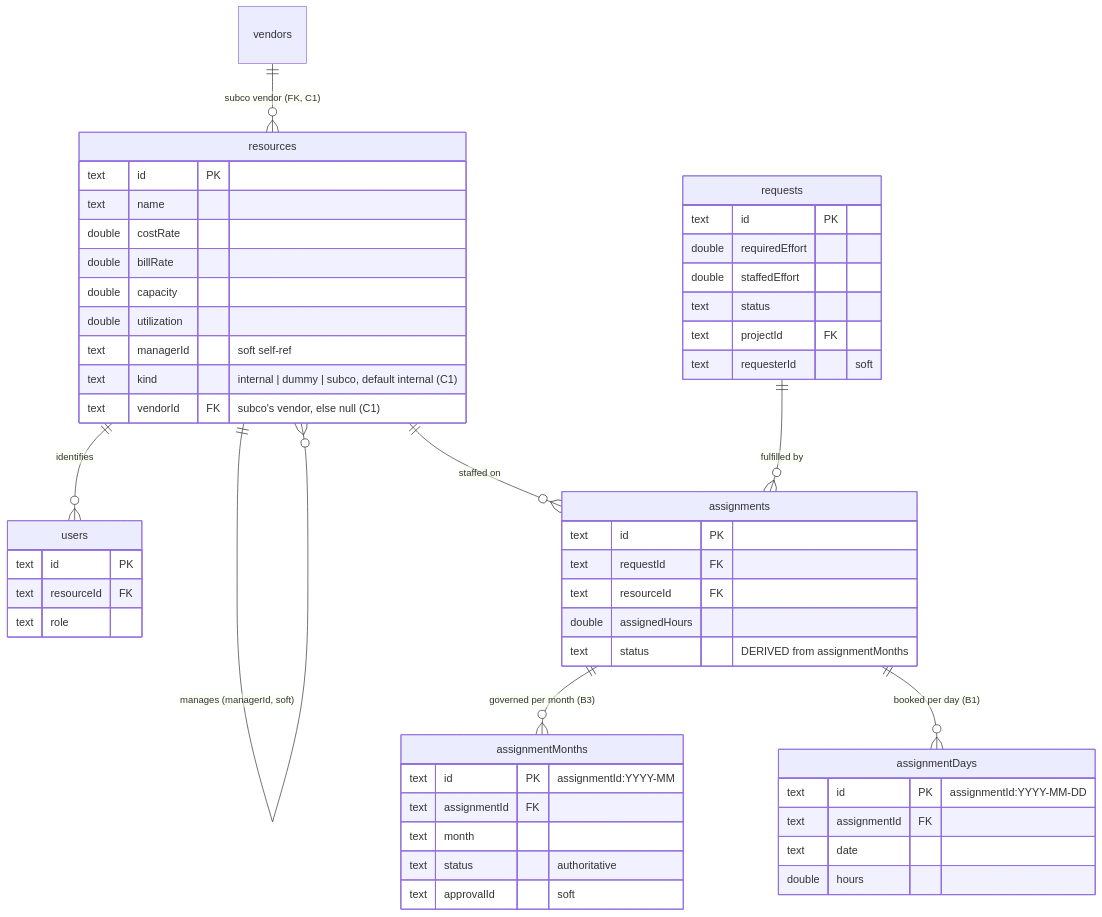
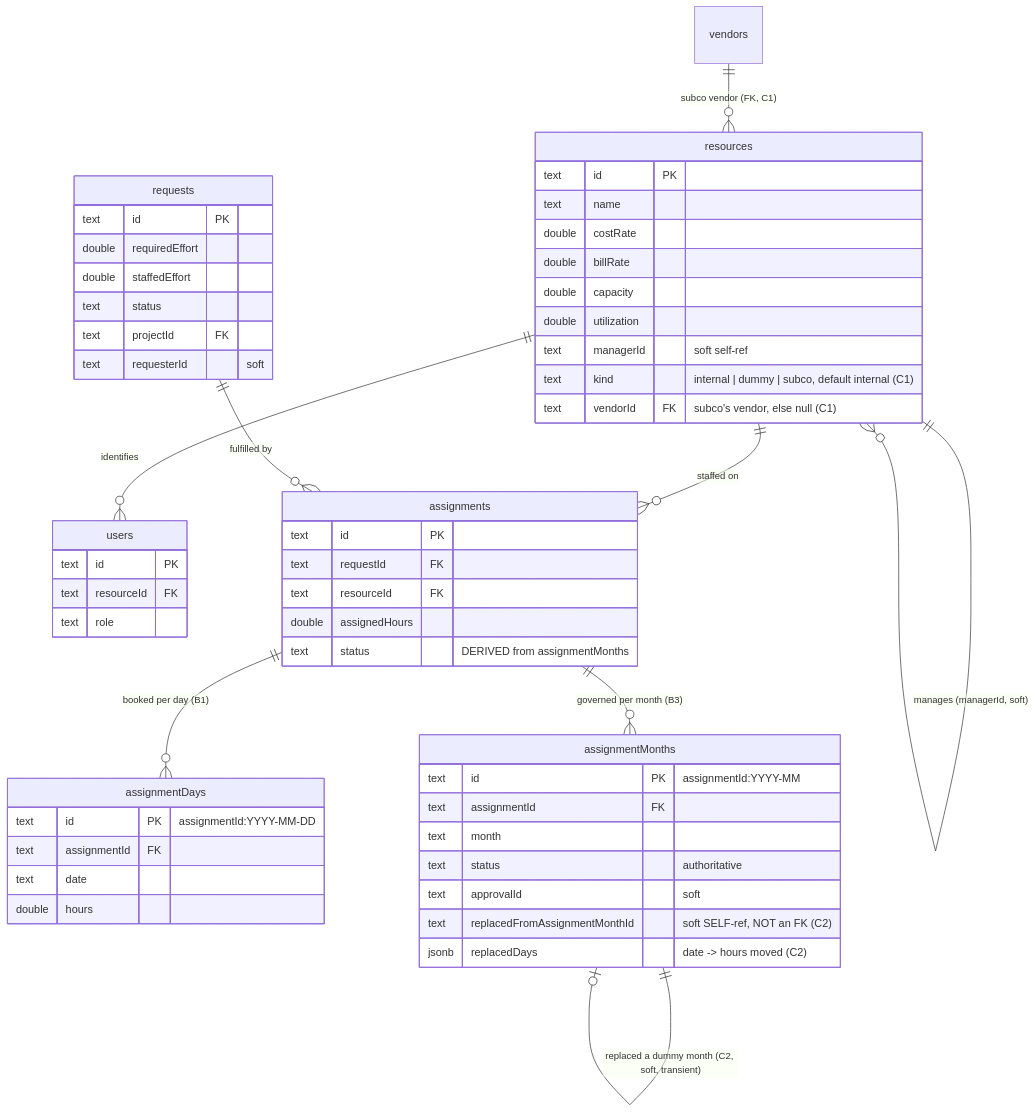
The first of 4 diagrams in docs/architecture/03-backend-and-data.md (Raistlin82/project-resource-mgmt), drawn with Mermaid before and after one commit. The commit also changed other lines of this file and 3 other files, not shown here.

````diff
--- a/docs/architecture/03-backend-and-data.md
+++ b/docs/architecture/03-backend-and-data.md
@@ -288,55 +288,58 @@
 ```mermaid
 erDiagram
     resources   ||--o{ users : "identifies"
     resources   ||--o{ assignments : "staffed on"
     requests    ||--o{ assignments : "fulfilled by"
     resources   ||--o{ resources : "manages (managerId, soft)"
     vendors     ||--o{ resources : "subco vendor (FK, C1)"
     assignments ||--o{ assignmentDays : "booked per day (B1)"
     assignments ||--o{ assignmentMonths : "governed per month (B3)"
+    assignmentMonths ||--o| assignmentMonths : "replaced a dummy month (C2, soft, transient)"
 
     resources {
         text id PK
         text name
         double costRate
         double billRate
         double capacity
         double utilization
         text managerId "soft self-ref"
         text kind "internal | dummy | subco, default internal (C1)"
         text vendorId FK "subco's vendor, else null (C1)"
     }
     users {
         text id PK
         text resourceId FK
         text role
     }
     requests {
         text id PK
         double requiredEffort
         double staffedEffort
         text status
         text projectId FK
         text requesterId "soft"
     }
     assignments {
         text id PK
         text requestId FK
         text resourceId FK
         double assignedHours
         text status "DERIVED from assignmentMonths"
     }
     assignmentDays {
         text id PK "assignmentId:YYYY-MM-DD"
         text assignmentId FK
         text date
         double hours
     }
     assignmentMonths {
         text id PK "assignmentId:YYYY-MM"
         text assignmentId FK
         text month
         text status "authoritative"
         text approvalId "soft"
+        text replacedFromAssignmentMonthId "soft SELF-ref, NOT an FK (C2)"
+        jsonb replacedDays "date -> hours moved (C2)"
     }
 ```
````
